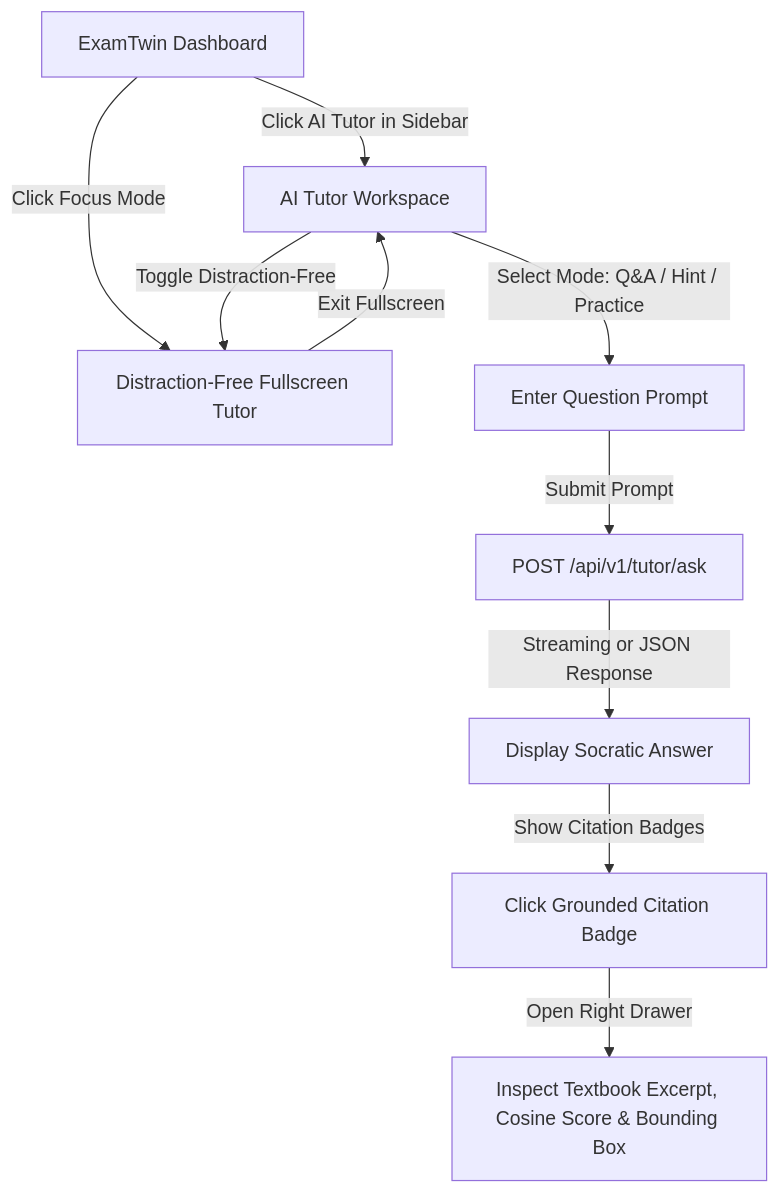
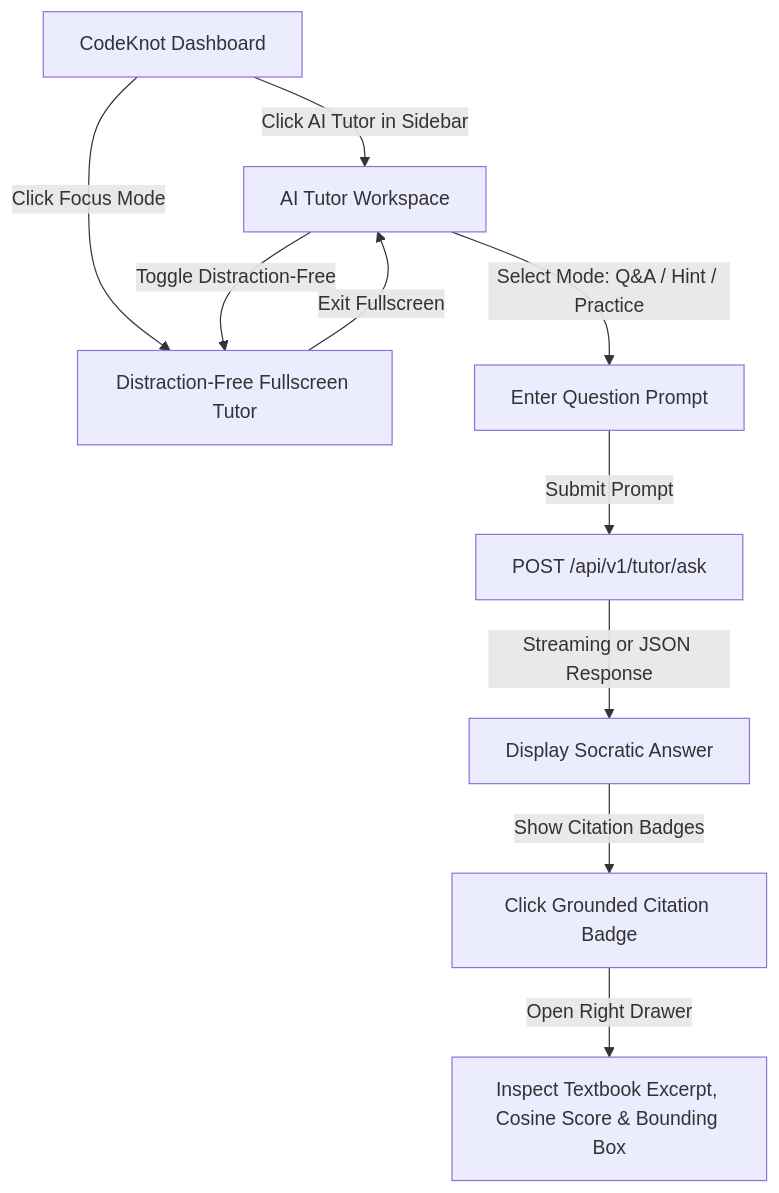
One commit to SHAW258/exam-twin-ai changed the second of 6 diagrams in docs/phase11_design_handoff.md. Above: the diagram before and after it, drawn with Mermaid. The commit also changed other lines of this file and 79 other files, not shown here.

````diff
--- a/docs/phase11_design_handoff.md
+++ b/docs/phase11_design_handoff.md
@@ -90,12 +90,12 @@
 ```mermaid
 graph TD
-    A[ExamTwin Dashboard] -->|Click AI Tutor in Sidebar| B[AI Tutor Workspace]
+    A[CodeKnot Dashboard] -->|Click AI Tutor in Sidebar| B[AI Tutor Workspace]
     A -->|Click Focus Mode| C[Distraction-Free Fullscreen Tutor]
     B -->|Select Mode: Q&A / Hint / Practice| D[Enter Question Prompt]
     D -->|Submit Prompt| E[POST /api/v1/tutor/ask]
     E -->|Streaming or JSON Response| F[Display Socratic Answer]
     F -->|Show Citation Badges| G[Click Grounded Citation Badge]
     G -->|Open Right Drawer| H[Inspect Textbook Excerpt, Cosine Score & Bounding Box]
     B -->|Toggle Distraction-Free| C
     C -->|Exit Fullscreen| B
 ```
````
